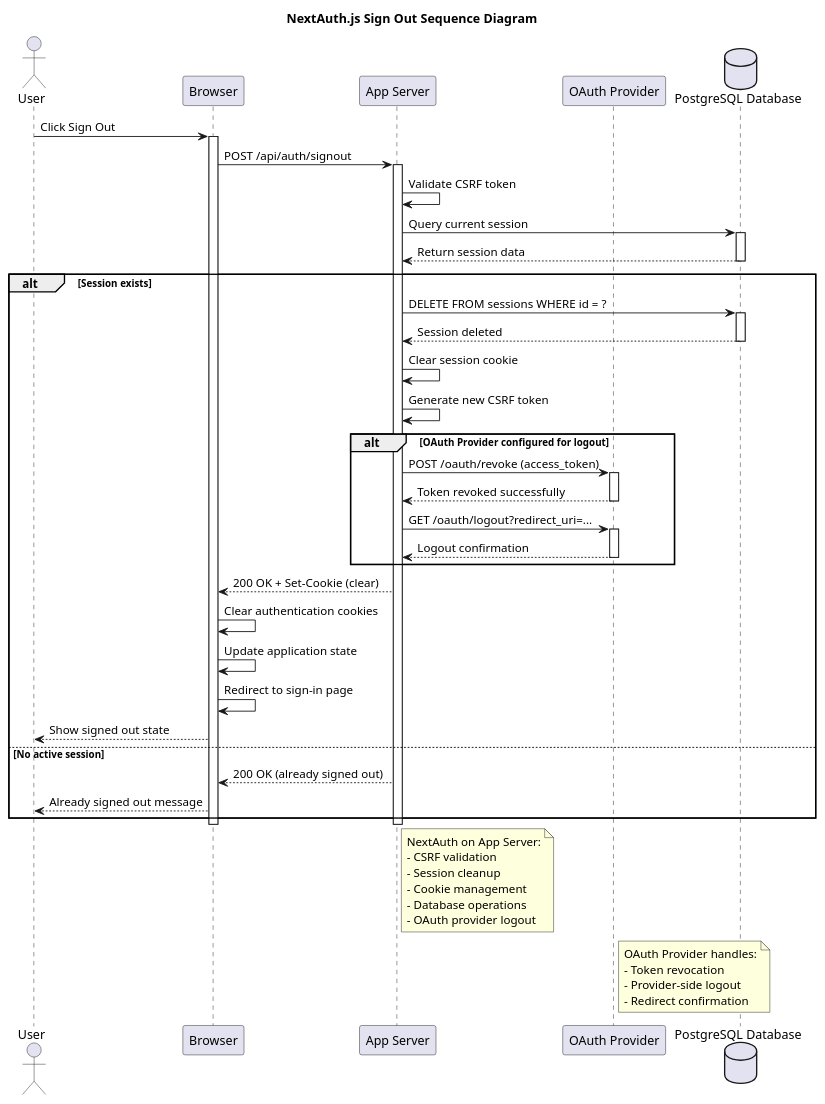
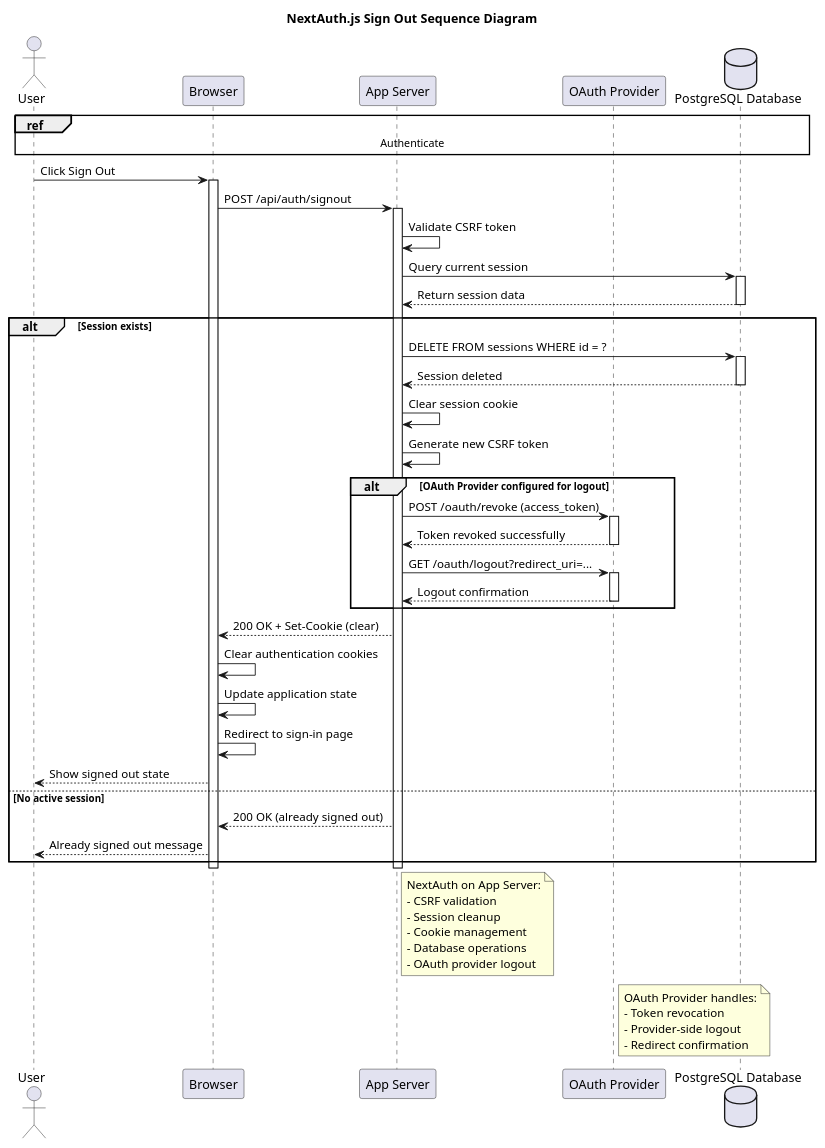
Before and after one commit to souhaib-askri/report_pfe: the diagram in conception/SprintII/sequence_diagrams/sequence_authentication_1_4_SignoutFromAccount.puml, drawn with PlantUML. The commit also changed 1 other file, not shown here.

Commit message:
coception : sprint II:update seqence diagrams

```diff
--- a/conception/SprintII/sequence_diagrams/sequence_authentication_1_4_SignoutFromAccount.puml
+++ b/conception/SprintII/sequence_diagrams/sequence_authentication_1_4_SignoutFromAccount.puml
@@ -1,74 +1,77 @@
 @startuml
 
 title NextAuth.js Sign Out Sequence Diagram
 
 actor User
 participant Browser
 participant "App Server" as AppServer
 participant "OAuth Provider" as Provider
 database "PostgreSQL Database" as PostgresDB
+
+ref over User, PostgresDB: Authenticate
+
 
 User -> Browser: Click Sign Out
 activate Browser
 
 Browser -> AppServer: POST /api/auth/signout
 activate AppServer
 
 AppServer -> AppServer: Validate CSRF token
 AppServer -> PostgresDB: Query current session
 activate PostgresDB
 PostgresDB --> AppServer: Return session data
 deactivate PostgresDB
 
 alt Session exists
     AppServer -> PostgresDB: DELETE FROM sessions WHERE id = ?
     activate PostgresDB
     PostgresDB --> AppServer: Session deleted
     deactivate PostgresDB
     
     AppServer -> AppServer: Clear session cookie
     AppServer -> AppServer: Generate new CSRF token
     
     alt OAuth Provider configured for logout
         AppServer -> Provider: POST /oauth/revoke (access_token)
         activate Provider
         Provider --> AppServer: Token revoked successfully
         deactivate Provider
         
         AppServer -> Provider: GET /oauth/logout?redirect_uri=...
         activate Provider
         Provider --> AppServer: Logout confirmation
         deactivate Provider
     end
     
     AppServer --> Browser: 200 OK + Set-Cookie (clear)
     Browser -> Browser: Clear authentication cookies
     Browser -> Browser: Update application state
     Browser -> Browser: Redirect to sign-in page
     Browser --> User: Show signed out state
     
 else No active session
     AppServer --> Browser: 200 OK (already signed out)
     Browser --> User: Already signed out message
 end
 
 deactivate AppServer
 deactivate Browser
 
 note right of AppServer
   NextAuth on App Server:
   - CSRF validation
   - Session cleanup
   - Cookie management
   - Database operations
   - OAuth provider logout
 end note
 
 note right of Provider
   OAuth Provider handles:
   - Token revocation
   - Provider-side logout
   - Redirect confirmation
 end note
 
 @enduml
```
